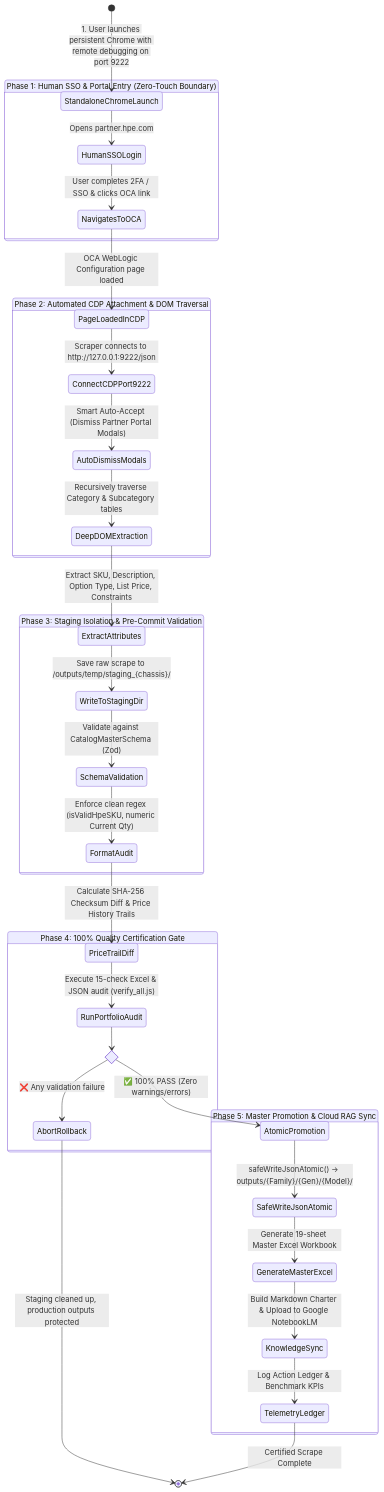
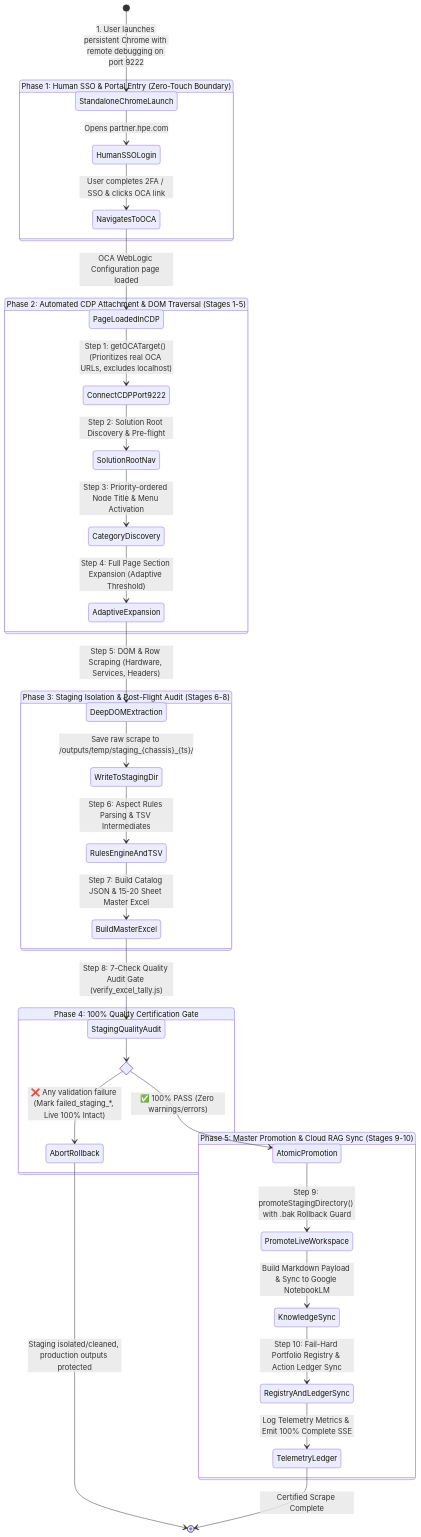
The diagram in diagrams/fromDocs/04_zero_touch_cdp_scraping_lifecycle.md (vinodhsubramanian123/updatedVendorScrapingNotebook-v2), drawn with Mermaid before and after one commit. The commit also changed 2 other files, not shown here.

Commit message:
docs(diagrams): sync architecture diagrams with 10-stage scraping lifecycle and diff priority engine

````diff
--- a/diagrams/fromDocs/04_zero_touch_cdp_scraping_lifecycle.md
+++ b/diagrams/fromDocs/04_zero_touch_cdp_scraping_lifecycle.md
@@ -5,42 +5,42 @@
 ```mermaid
 stateDiagram-v2
     [*] --> StandaloneChromeLaunch : 1. User launches persistent Chrome with remote debugging on port 9222
 
     state "Phase 1: Human SSO & Portal Entry (Zero-Touch Boundary)" as P1 {
         StandaloneChromeLaunch --> HumanSSOLogin : Opens partner.hpe.com
         HumanSSOLogin --> NavigatesToOCA : User completes 2FA / SSO & clicks OCA link
         NavigatesToOCA --> PageLoadedInCDP : OCA WebLogic Configuration page loaded
     }
 
-    state "Phase 2: Automated CDP Attachment & DOM Traversal" as P2 {
-        PageLoadedInCDP --> ConnectCDPPort9222 : Scraper connects to http://127.0.0.1:9222/json
-        ConnectCDPPort9222 --> AutoDismissModals : Smart Auto-Accept (Dismiss Partner Portal Modals)
-        AutoDismissModals --> DeepDOMExtraction : Recursively traverse Category & Subcategory tables
-        DeepDOMExtraction --> ExtractAttributes : Extract SKU, Description, Option Type, List Price, Constraints
+    state "Phase 2: Automated CDP Attachment & DOM Traversal (Stages 1-5)" as P2 {
+        PageLoadedInCDP --> ConnectCDPPort9222 : Step 1: getOCATarget() (Prioritizes real OCA URLs, excludes localhost)
+        ConnectCDPPort9222 --> SolutionRootNav : Step 2: Solution Root Discovery & Pre-flight
+        SolutionRootNav --> CategoryDiscovery : Step 3: Priority-ordered Node Title & Menu Activation
+        CategoryDiscovery --> AdaptiveExpansion : Step 4: Full Page Section Expansion (Adaptive Threshold)
+        AdaptiveExpansion --> DeepDOMExtraction : Step 5: DOM & Row Scraping (Hardware, Services, Headers)
     }
 
-    state "Phase 3: Staging Isolation & Pre-Commit Validation" as P3 {
-        ExtractAttributes --> WriteToStagingDir : Save raw scrape to /outputs/temp/staging_{chassis}/
-        WriteToStagingDir --> SchemaValidation : Validate against CatalogMasterSchema (Zod)
-        SchemaValidation --> FormatAudit : Enforce clean regex (isValidHpeSKU, numeric Current Qty)
-        FormatAudit --> PriceTrailDiff : Calculate SHA-256 Checksum Diff & Price History Trails
+    state "Phase 3: Staging Isolation & Post-Flight Audit (Stages 6-8)" as P3 {
+        DeepDOMExtraction --> WriteToStagingDir : Save raw scrape to /outputs/temp/staging_{chassis}_{ts}/
+        WriteToStagingDir --> RulesEngineAndTSV : Step 6: Aspect Rules Parsing & TSV Intermediates
+        RulesEngineAndTSV --> BuildMasterExcel : Step 7: Build Catalog JSON & 15-20 Sheet Master Excel
+        BuildMasterExcel --> StagingQualityAudit : Step 8: 7-Check Quality Audit Gate (verify_excel_tally.js)
     }
 
     state "Phase 4: 100% Quality Certification Gate" as P4 {
-        PriceTrailDiff --> RunPortfolioAudit : Execute 15-check Excel & JSON audit (verify_all.js)
         state check_gate <<choice>>
-        RunPortfolioAudit --> check_gate
-        check_gate --> AbortRollback : ❌ Any validation failure
+        StagingQualityAudit --> check_gate
+        check_gate --> AbortRollback : ❌ Any validation failure (Mark failed_staging_*, Live 100% Intact)
         check_gate --> AtomicPromotion : ✅ 100% PASS (Zero warnings/errors)
     }
 
-    state "Phase 5: Master Promotion & Cloud RAG Sync" as P5 {
-        AtomicPromotion --> SafeWriteJsonAtomic : safeWriteJsonAtomic() -> outputs/{Family}/{Gen}/{Model}/
-        SafeWriteJsonAtomic --> GenerateMasterExcel : Generate 19-sheet Master Excel Workbook
-        GenerateMasterExcel --> KnowledgeSync : Build Markdown Charter & Upload to Google NotebookLM
-        KnowledgeSync --> TelemetryLedger : Log Action Ledger & Benchmark KPIs
+    state "Phase 5: Master Promotion & Cloud RAG Sync (Stages 9-10)" as P5 {
+        AtomicPromotion --> PromoteLiveWorkspace : Step 9: promoteStagingDirectory() with .bak Rollback Guard
+        PromoteLiveWorkspace --> KnowledgeSync : Build Markdown Payload & Sync to Google NotebookLM
+        KnowledgeSync --> RegistryAndLedgerSync : Step 10: Fail-Hard Portfolio Registry & Action Ledger Sync
+        RegistryAndLedgerSync --> TelemetryLedger : Log Telemetry Metrics & Emit 100% Complete SSE
     }
 
-    AbortRollback --> [*] : Staging cleaned up, production outputs protected
+    AbortRollback --> [*] : Staging isolated/cleaned, production outputs protected
     TelemetryLedger --> [*] : Certified Scrape Complete
 ```
````
